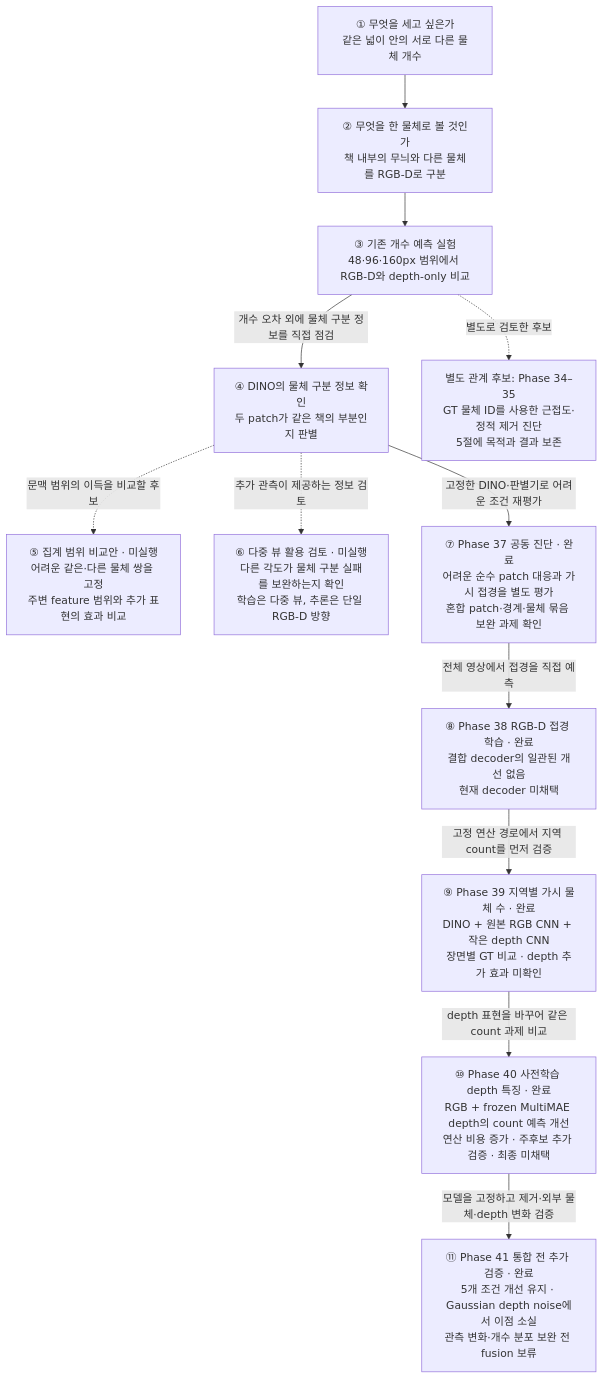
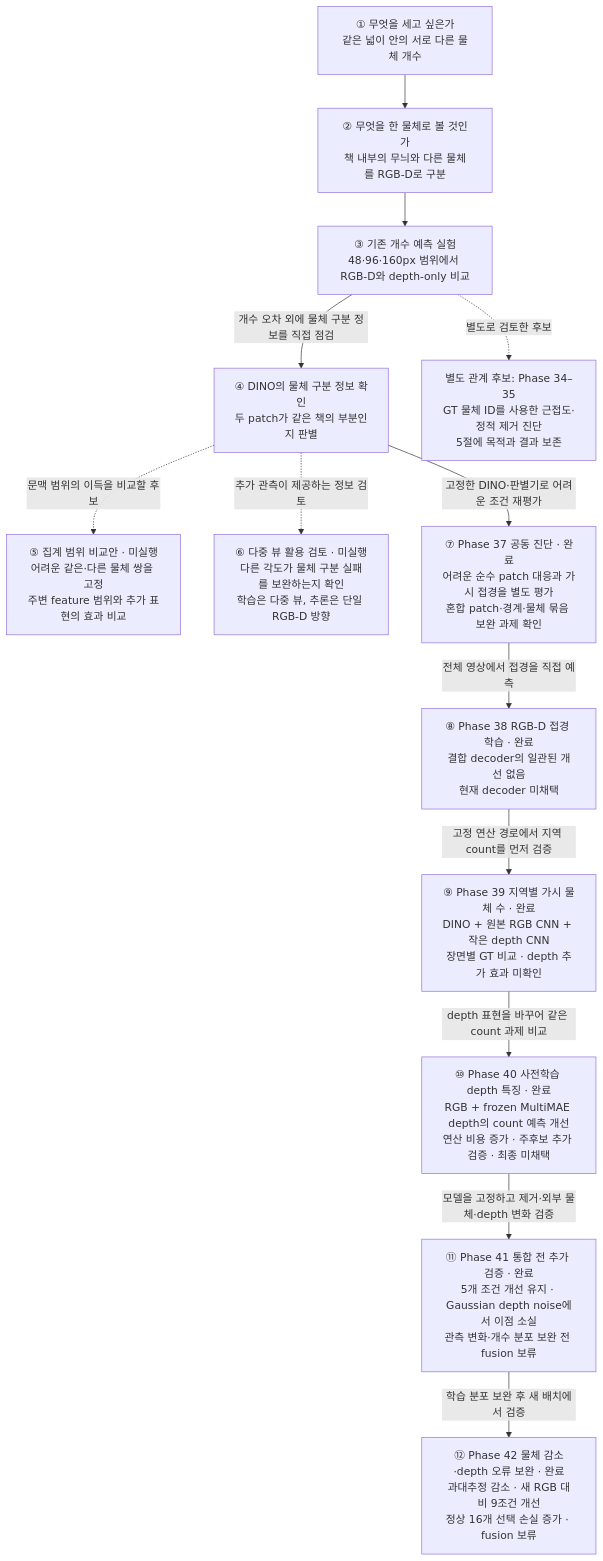
One commit to JeonHaneul/2D-PDM_DINOv3 changed the first of 4 diagrams in complexity_stream.md. Above: the diagram before and after it, drawn with Mermaid. The commit also changed other lines of this file and 5 other files, not shown here.

````diff
--- a/complexity_stream.md
+++ b/complexity_stream.md
@@ -23,25 +23,27 @@
 ```mermaid
 flowchart TD
     N1["① 무엇을 세고 싶은가<br/>같은 넓이 안의 서로 다른 물체 개수"]
     N2["② 무엇을 한 물체로 볼 것인가<br/>책 내부의 무늬와 다른 물체를 RGB-D로 구분"]
     N3["③ 기존 개수 예측 실험<br/>48·96·160px 범위에서 RGB-D와 depth-only 비교"]
     N4["④ DINO의 물체 구분 정보 확인<br/>두 patch가 같은 책의 부분인지 판별"]
     N5["⑤ 집계 범위 비교안 · 미실행<br/>어려운 같은·다른 물체 쌍을 고정<br/>주변 feature 범위와 추가 표현의 효과 비교"]
     N6["⑥ 다중 뷰 활용 검토 · 미실행<br/>다른 각도가 물체 구분 실패를 보완하는지 확인<br/>학습은 다중 뷰, 추론은 단일 RGB-D 방향"]
     N7["⑦ Phase 37 공동 진단 · 완료<br/>어려운 순수 patch 대응과 가시 접경을 별도 평가<br/>혼합 patch·경계·물체 묶음 보완 과제 확인"]
     N8["⑧ Phase 38 RGB-D 접경 학습 · 완료<br/>결합 decoder의 일관된 개선 없음<br/>현재 decoder 미채택"]
     N9["⑨ Phase 39 지역별 가시 물체 수 · 완료<br/>DINO + 원본 RGB CNN + 작은 depth CNN<br/>장면별 GT 비교 · depth 추가 효과 미확인"]
     N10["⑩ Phase 40 사전학습 depth 특징 · 완료<br/>RGB + frozen MultiMAE depth의 count 예측 개선<br/>연산 비용 증가 · 주후보 추가 검증 · 최종 미채택"]
     N11["⑪ Phase 41 통합 전 추가 검증 · 완료<br/>5개 조건 개선 유지 · Gaussian depth noise에서 이점 소실<br/>관측 변화·개수 분포 보완 전 fusion 보류"]
+    N12["⑫ Phase 42 물체 감소·depth 오류 보완 · 완료<br/>과대추정 감소 · 새 RGB 대비 9조건 개선<br/>정상 16개 선택 손실 증가 · fusion 보류"]
     H["별도 관계 후보: Phase 34–35<br/>GT 물체 ID를 사용한 근접도·정적 제거 진단<br/>5절에 목적과 결과 보존"]
     N1 --> N2 --> N3
     N3 -->|"개수 오차 외에 물체 구분 정보를 직접 점검"| N4
     N4 -->|"고정한 DINO·판별기로 어려운 조건 재평가"| N7
     N7 -->|"전체 영상에서 접경을 직접 예측"| N8
     N8 -->|"고정 연산 경로에서 지역 count를 먼저 검증"| N9
     N9 -->|"depth 표현을 바꾸어 같은 count 과제 비교"| N10
     N10 -->|"모델을 고정하고 제거·외부 물체·depth 변화 검증"| N11
+    N11 -->|"학습 분포 보완 후 새 배치에서 검증"| N12
     N4 -. "문맥 범위의 이득을 비교할 후보" .-> N5
     N4 -. "추가 관측이 제공하는 정보 검토" .-> N6
     N3 -. "별도로 검토한 후보" .-> H
 ```
````
